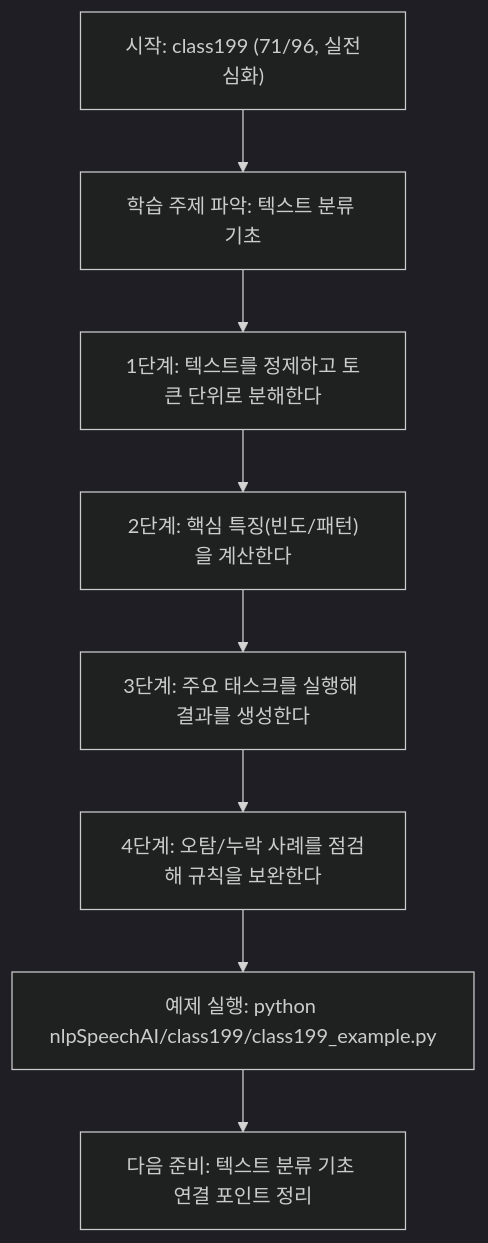
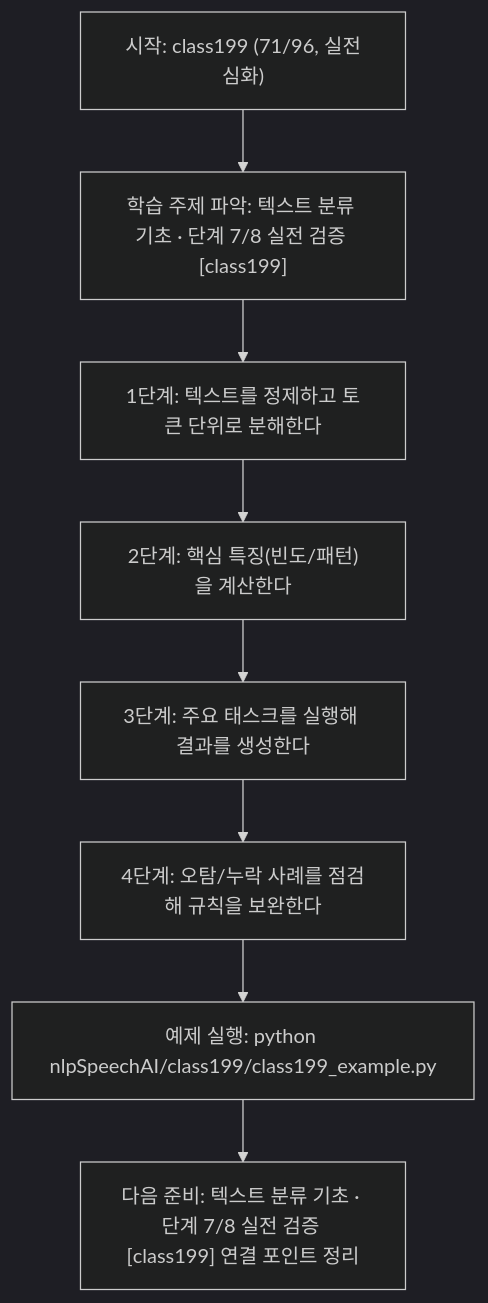
Before and after one commit to edumgt/Python-AI_Agent-Class: the diagram in nlpSpeechAI/class199/class199.md, drawn with Mermaid (dark theme). The commit also changed other lines of this file and 522 other files, not shown here.

````diff
--- a/nlpSpeechAI/class199/class199.md
+++ b/nlpSpeechAI/class199/class199.md
@@ -113,18 +114,18 @@
 ```mermaid
 flowchart TD
 N1["시작: class199 (71/96, 실전심화)"]
-N2["학습 주제 파악: 텍스트 분류 기초"]
+N2["학습 주제 파악: 텍스트 분류 기초 · 단계 7/8 실전 검증 [class199]"]
 N3["1단계: 텍스트를 정제하고 토큰 단위로 분해한다"]
 N4["2단계: 핵심 특징(빈도/패턴)을 계산한다"]
 N5["3단계: 주요 태스크를 실행해 결과를 생성한다"]
 N6["4단계: 오탐/누락 사례를 점검해 규칙을 보완한다"]
 N7["예제 실행: python nlpSpeechAI/class199/class199_example.py"]
-N8["다음 준비: 텍스트 분류 기초 연결 포인트 정리"]
+N8["다음 준비: 텍스트 분류 기초 · 단계 7/8 실전 검증 [class199] 연결 포인트 정리"]
 N1 --> N2
 N2 --> N3
 N3 --> N4
 N4 --> N5
 N5 --> N6
 N6 --> N7
 N7 --> N8
 ```
````
